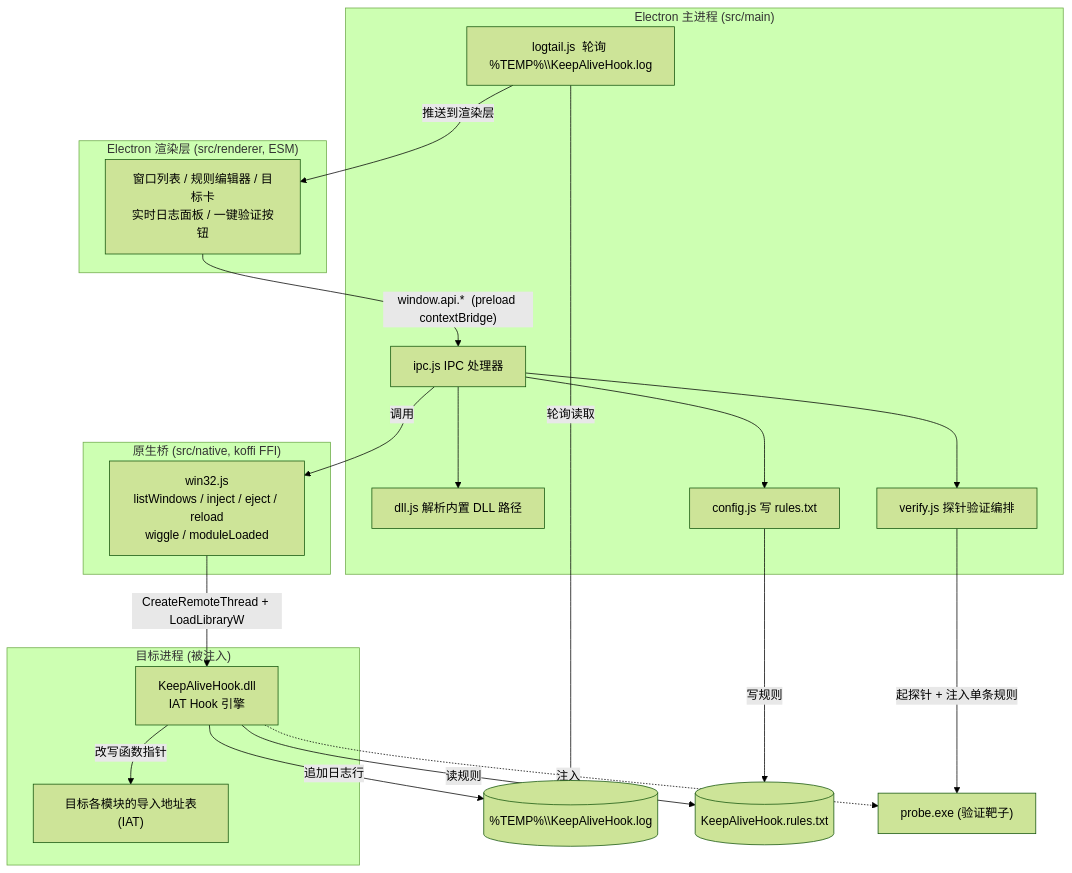
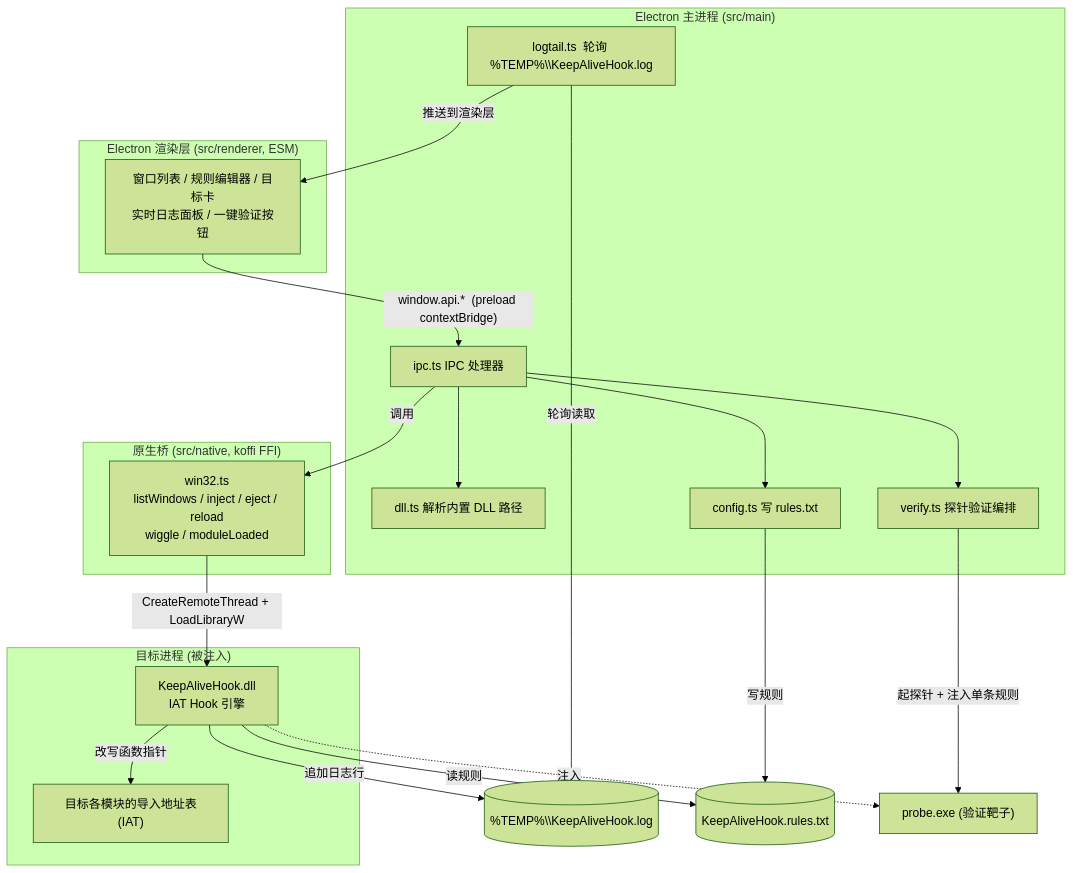
One commit to sjatsh/de-anti-capture changed the first of 5 diagrams in docs/architecture.md. Above: the diagram before and after it, drawn with Mermaid (forest theme). The commit also changed other lines of this file and 134 other files, not shown here.

````diff
--- a/docs/architecture.md
+++ b/docs/architecture.md
@@ -28,36 +28,36 @@
 ```mermaid
 flowchart TB
     subgraph GUI["Electron 渲染层 (src/renderer, ESM)"]
         UI["窗口列表 / 规则编辑器 / 目标卡\n实时日志面板 / 一键验证按钮"]
     end
     subgraph MAIN["Electron 主进程 (src/main)"]
-        IPC["ipc.js  IPC 处理器"]
-        DLL["dll.js  解析内置 DLL 路径"]
-        CFG["config.js  写 rules.txt"]
-        VER["verify.js  探针验证编排"]
-        TAIL["logtail.js  轮询 %TEMP%\\KeepAliveHook.log"]
+        IPC["ipc.ts  IPC 处理器"]
+        DLL["dll.ts  解析内置 DLL 路径"]
+        CFG["config.ts  写 rules.txt"]
+        VER["verify.ts  探针验证编排"]
+        TAIL["logtail.ts  轮询 %TEMP%\\KeepAliveHook.log"]
     end
     subgraph NATIVE["原生桥 (src/native, koffi FFI)"]
-        W32["win32.js\nlistWindows / inject / eject / reload\nwiggle / moduleLoaded"]
+        W32["win32.ts\nlistWindows / inject / eject / reload\nwiggle / moduleLoaded"]
     end
     subgraph TARGET["目标进程 (被注入)"]
         DLLT["KeepAliveHook.dll\nIAT Hook 引擎"]
         IAT["目标各模块的导入地址表(IAT)"]
     end
     LOG[("%TEMP%\\KeepAliveHook.log")]
     RULES[("KeepAliveHook.rules.txt")]
     PROBE["probe.exe (验证靶子)"]
 
     UI -->|"window.api.*  (preload contextBridge)"| IPC
     IPC --> DLL & CFG & VER
     IPC -->|"调用"| W32
     CFG -->|"写规则"| RULES
     W32 -->|"CreateRemoteThread + LoadLibraryW"| DLLT
     DLLT -->|"读规则"| RULES
     DLLT -->|"改写函数指针"| IAT
     DLLT -->|"追加日志行"| LOG
     TAIL -->|"轮询读取"| LOG
     TAIL -->|"推送到渲染层"| UI
     VER -->|"起探针 + 注入单条规则"| PROBE
     DLLT -.注入.-> PROBE
 ```
````
